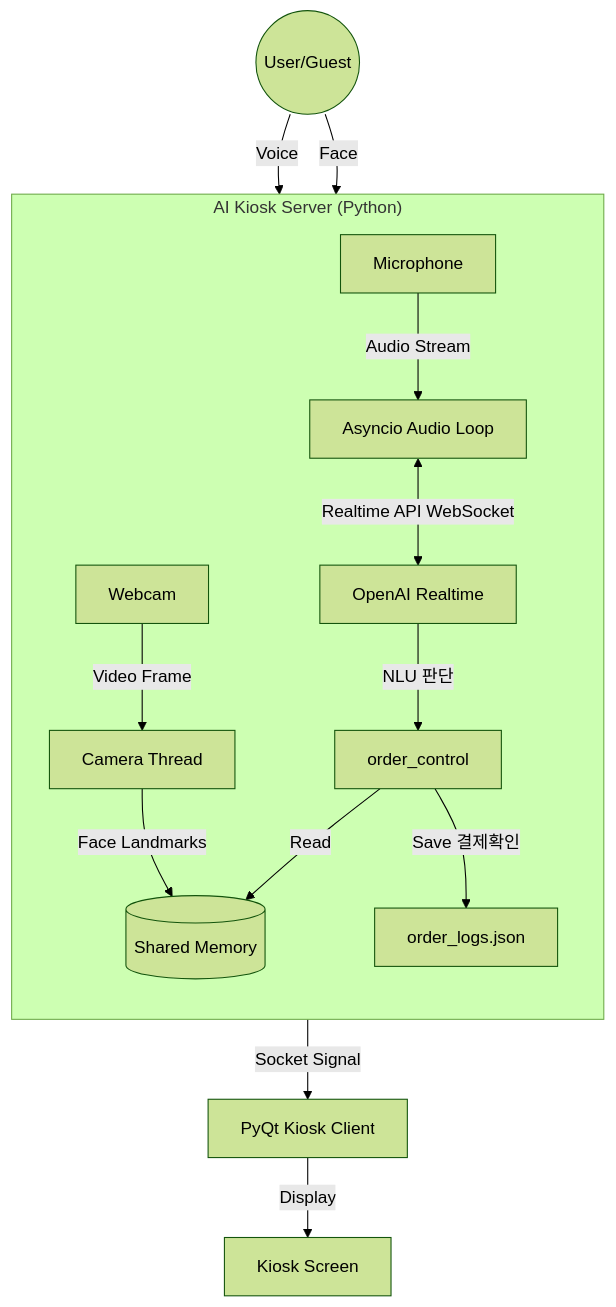
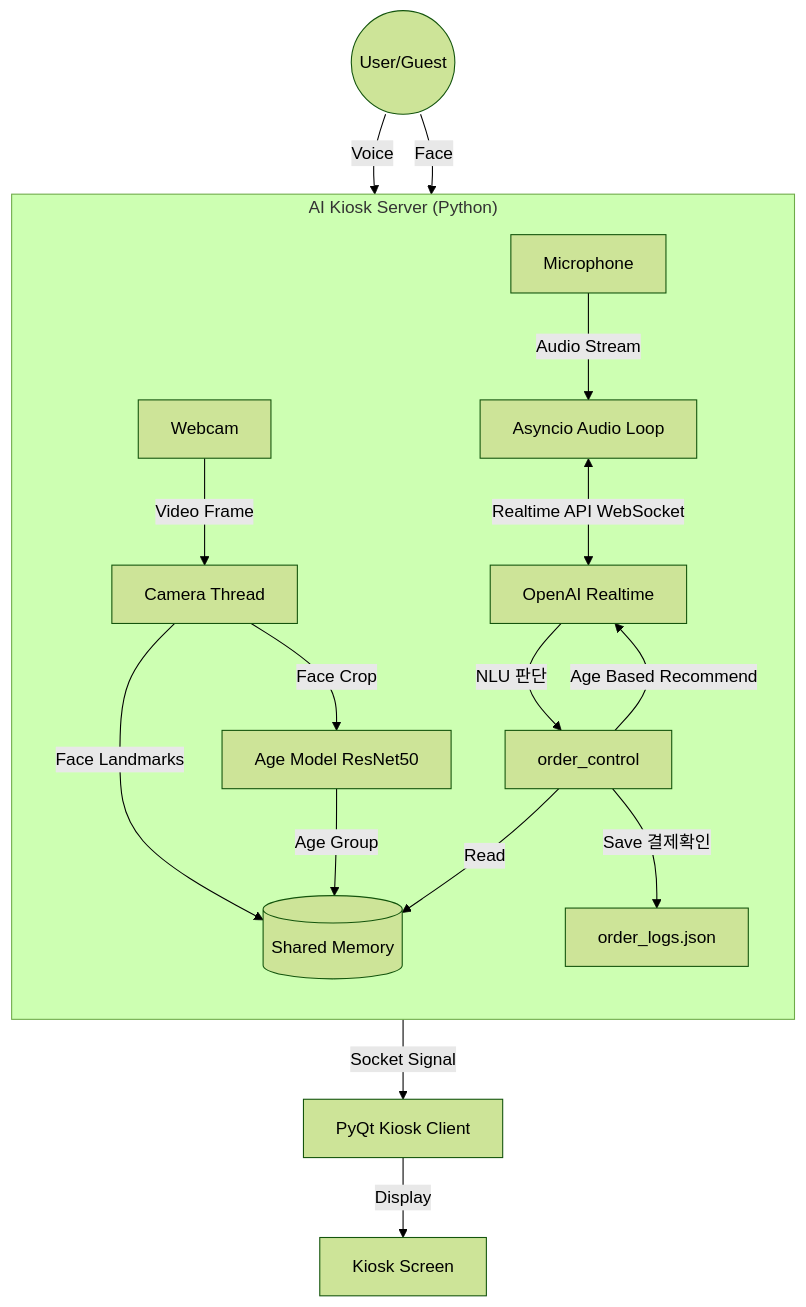
The diagram in README.md (dltmdwn0147/AI-Kiosk), drawn with Mermaid (forest theme) before and after one commit. The commit also changed 3 other files, not shown here.

````diff
--- a/README.md
+++ b/README.md
@@ -45,21 +45,24 @@
 ```mermaid
 graph TD
     User((User/Guest)) -->|Voice| Mic[Microphone]
     User -->|Face| Cam[Webcam]
     
     subgraph "AI Kiosk Server (Python)"
         direction TB
         Mic -->|Audio Stream| AsyncLoop[Asyncio Audio Loop]
         AsyncLoop <-->|Realtime API WebSocket| OpenAI[OpenAI Realtime]
         
         Cam -->|Video Frame| CVThread[Camera Thread]
         CVThread -->|Face Landmarks| GlobalData[(Shared Memory)]
+        CVThread -->|Face Crop| AgeModel[Age Model ResNet50]
+        AgeModel -->|Age Group| GlobalData
         
         OpenAI -->|NLU 판단| OrderFunc[order_control]
         OrderFunc -->|Read| GlobalData
+        OrderFunc -->|Age Based Recommend| OpenAI
         OrderFunc -->|Save 결제확인| LogFile[order_logs.json]
     end
     
     OrderFunc -->|Socket Signal| KioskClient[PyQt Kiosk Client]
     KioskClient -->|Display| Screen[Kiosk Screen]
 ```
````
